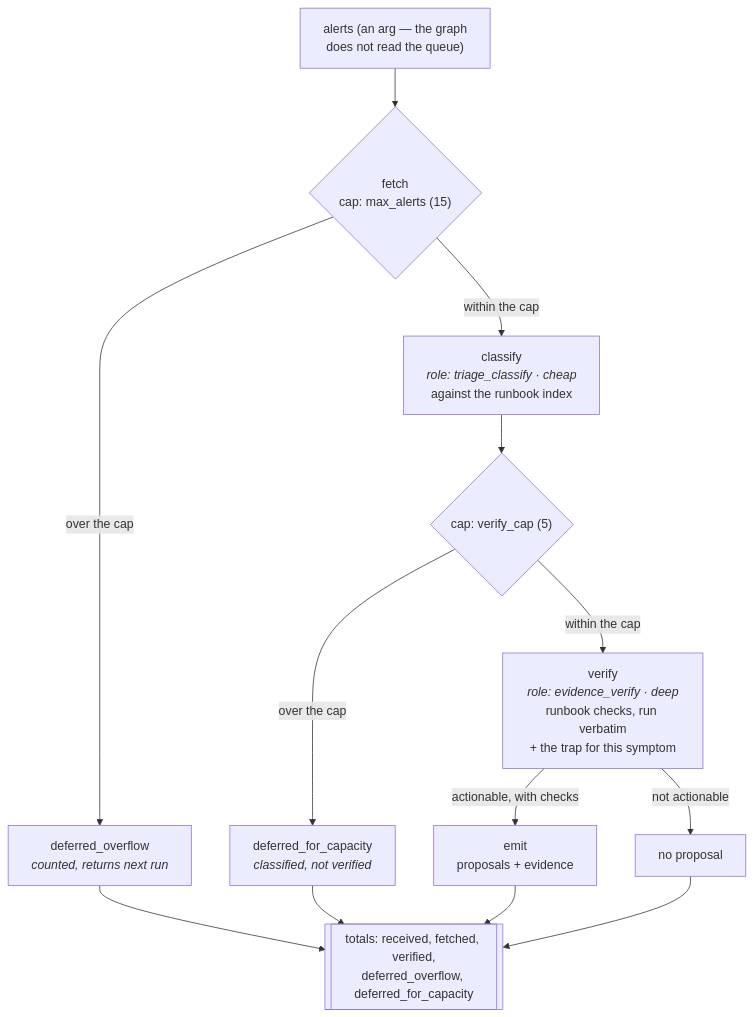
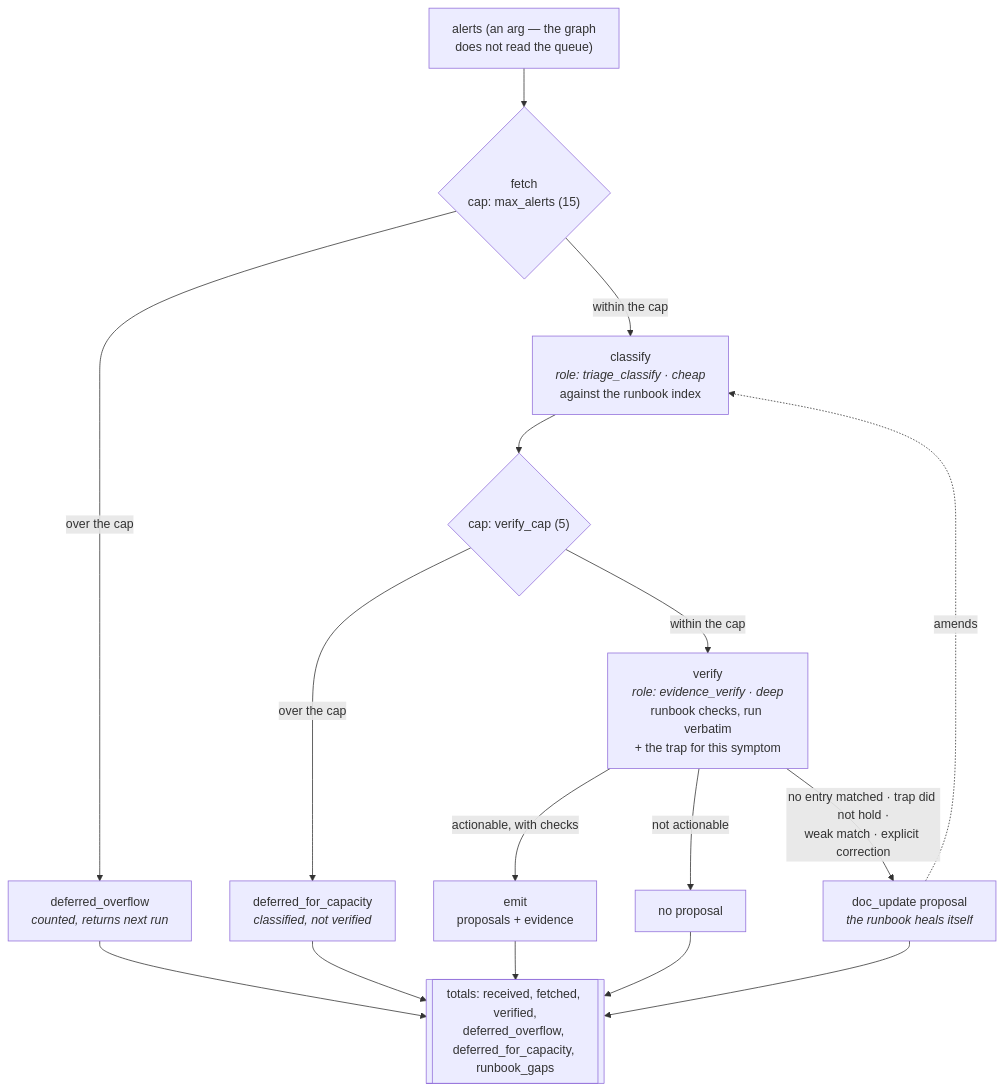
The diagram in graphs/triage-propose.md (ppfenning/coxswain-graphs), drawn with Mermaid before and after one commit. The commit also changed other lines of this file and 17 other files, not shown here.

First line of the commit message:
Wire the autonomy loop, and close the epic and runbook feedback gaps

````diff
--- a/graphs/triage-propose.md
+++ b/graphs/triage-propose.md
@@ -18,28 +18,32 @@
 ```mermaid
 flowchart TB
     QUEUE["alerts (an arg — the graph<br/>does not read the queue)"]
 
     QUEUE --> FETCH
 
     FETCH{"fetch<br/>cap: max_alerts (15)"}
     FETCH -- "over the cap" --> OVER["deferred_overflow<br/><i>counted, returns next run</i>"]
     FETCH -- "within the cap" --> CLASSIFY
 
     CLASSIFY["classify<br/><i>role: triage_classify · cheap</i><br/>against the runbook index"]
 
     CLASSIFY --> VCAP{"cap: verify_cap (5)"}
     VCAP -- "over the cap" --> CAPD["deferred_for_capacity<br/><i>classified, not verified</i>"]
     VCAP -- "within the cap" --> VERIFY
 
     VERIFY["verify<br/><i>role: evidence_verify · deep</i><br/>runbook checks, run verbatim<br/>+ the trap for this symptom"]
 
     VERIFY -- "actionable, with checks" --> EMIT["emit<br/>proposals + evidence"]
     VERIFY -- "not actionable" --> QUIET["no proposal"]
+    VERIFY -- "no entry matched · trap did not hold ·<br/>weak match · explicit correction" --> HEAL["doc_update proposal<br/><i>the runbook heals itself</i>"]
+
+    HEAL -.->|"amends"| CLASSIFY
 
     OVER --> TOTALS
     CAPD --> TOTALS
     EMIT --> TOTALS
     QUIET --> TOTALS
+    HEAL --> TOTALS
 
-    TOTALS[["totals: received, fetched, verified,<br/>deferred_overflow, deferred_for_capacity"]]
+    TOTALS[["totals: received, fetched, verified,<br/>deferred_overflow, deferred_for_capacity, runbook_gaps"]]
 ```
````
